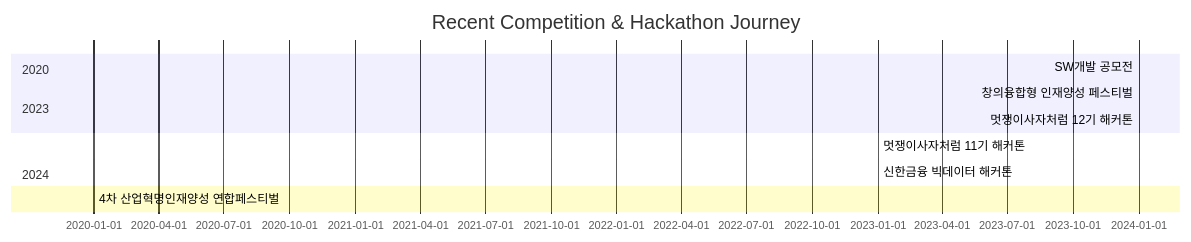
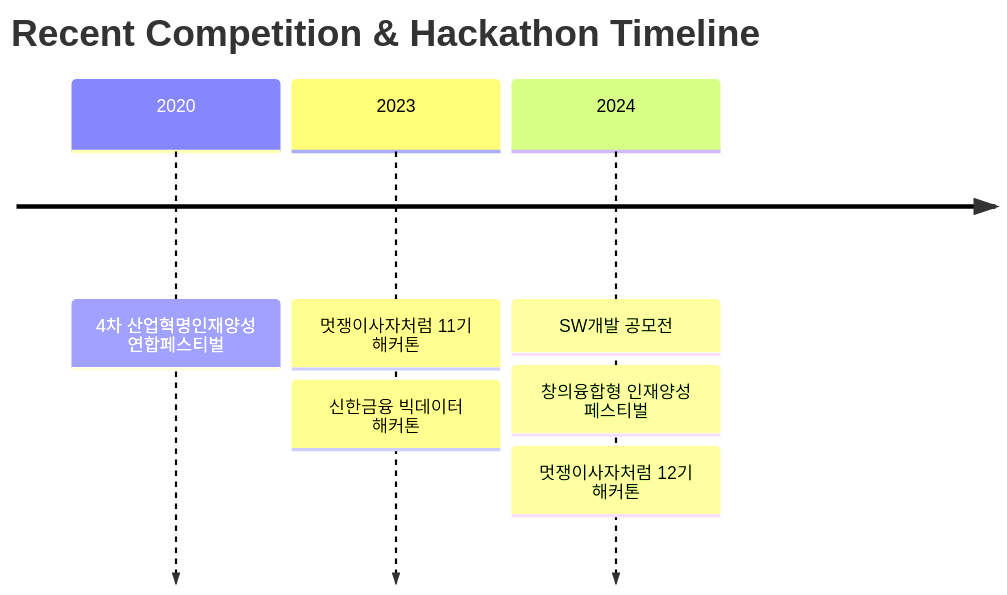
Before and after one commit to dongsubnambuk/dongsubnambuk: the diagram in README.md, drawn with Mermaid.

````diff
--- a/README.md
+++ b/README.md
@@ -157,14 +157,7 @@
 ```mermaid
-gantt
-    title Recent Competition & Hackathon Journey
-    dateFormat YYYY
-    section 2024    
-    SW개발 공모전           :2024, 0d
-    창의융합형 인재양성 페스티벌  :2024, 0d
-    멋쟁이사자처럼 12기 해커톤    :2024, 0d
-    section 2023
-    멋쟁이사자처럼 11기 해커톤    :2023, 0d
-    신한금융 빅데이터 해커톤      :2023, 0d
-    section 2020
-    4차 산업혁명인재양성 연합페스티벌 :2020, 0d
+timeline
+    title Recent Competition & Hackathon Timeline
+    2020 : 4차 산업혁명인재양성 연합페스티벌
+    2023 : 멋쟁이사자처럼 11기 해커톤 : 신한금융 빅데이터 해커톤
+    2024 : SW개발 공모전 : 창의융합형 인재양성 페스티벌 : 멋쟁이사자처럼 12기 해커톤
 ```
````
